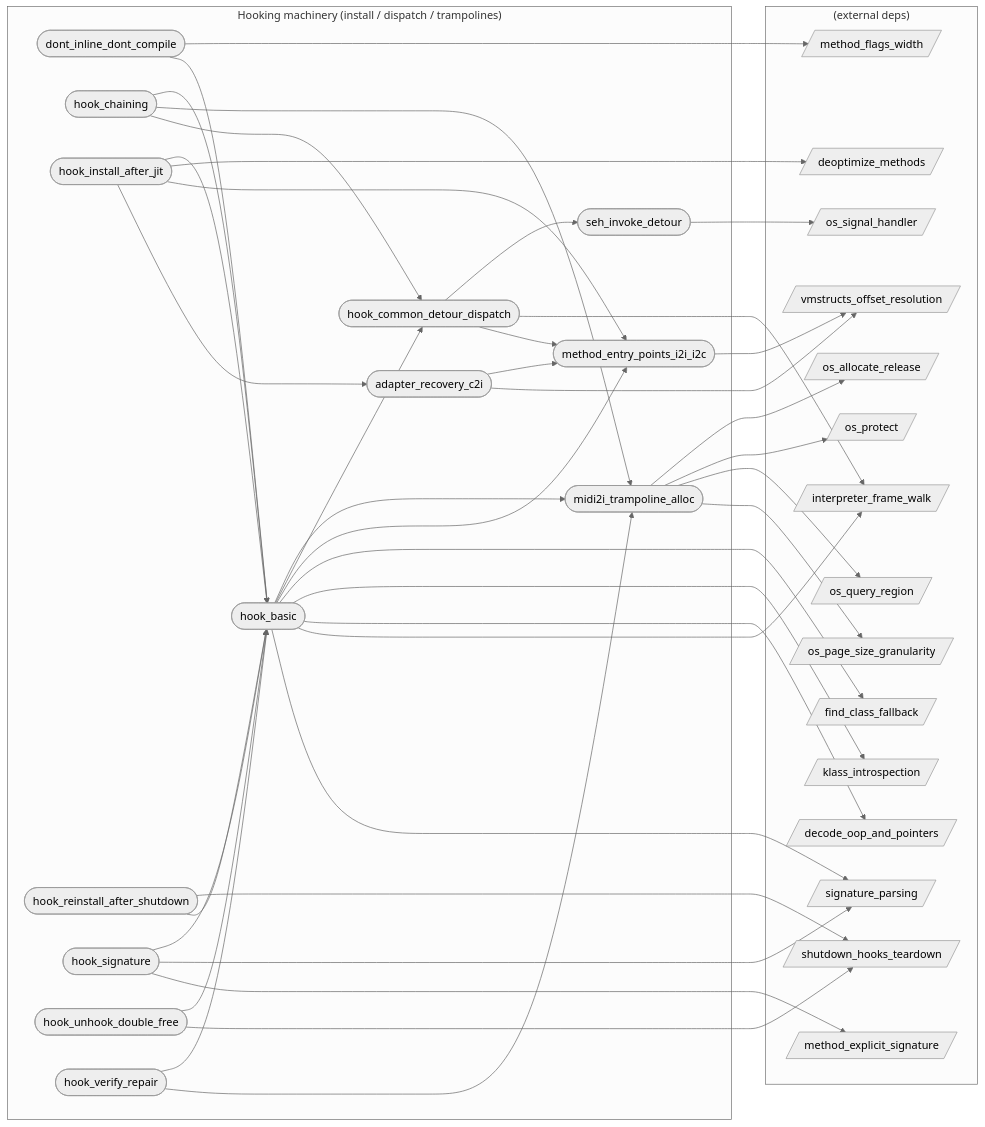
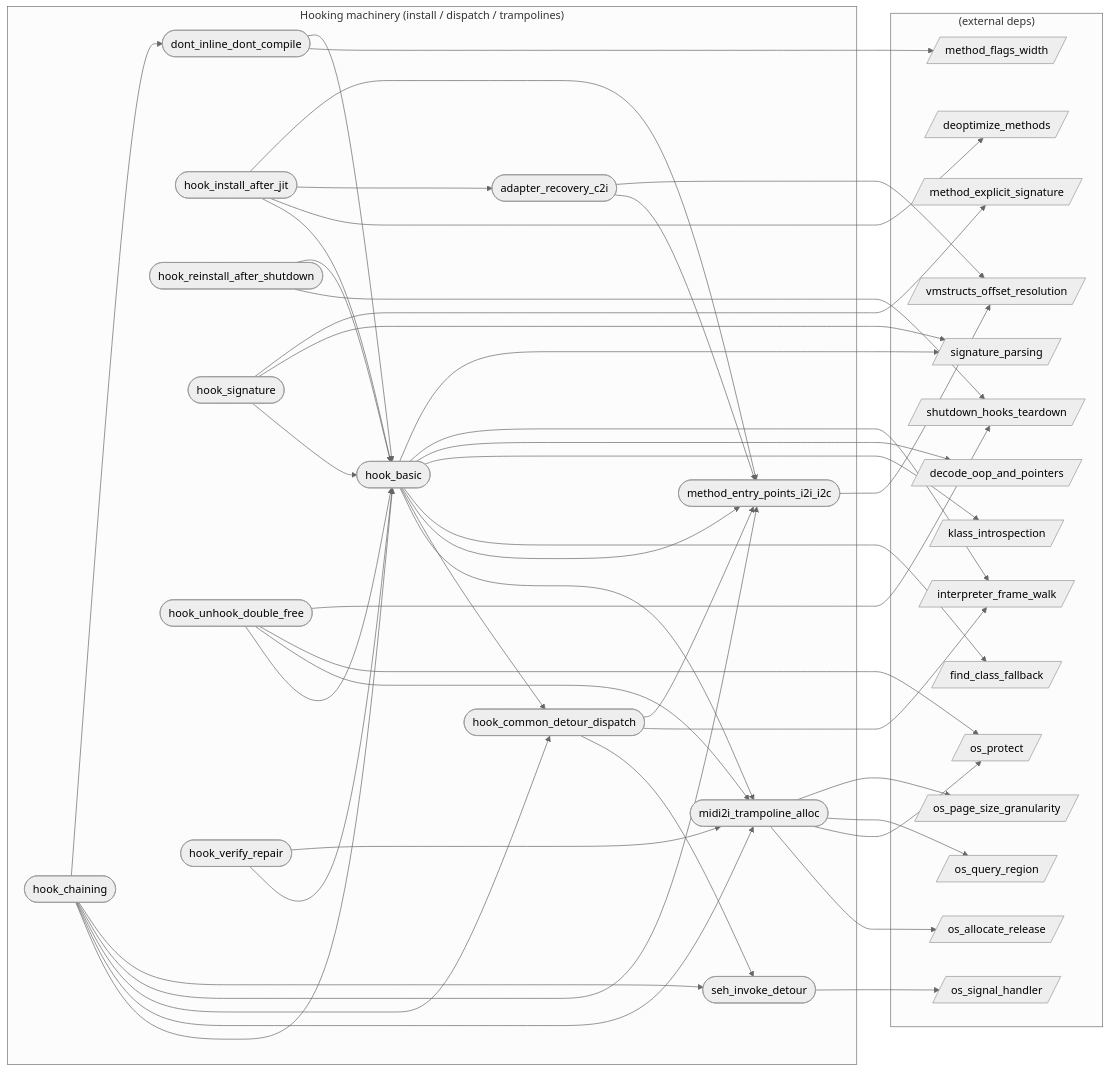
Before and after one commit to xxxnpno/VMHook: the diagram in audit/graph/categories/hook.md, drawn with Mermaid (neutral theme). The commit also changed other lines of this file and 26 other files, not shown here.

First line of the commit message:
docs(audit/features): enrich hook_chaining, hook_install_after_jit, hook_unhook_double_free, signature_parsing, for_each_instance

````diff
--- a/audit/graph/categories/hook.md
+++ b/audit/graph/categories/hook.md
@@ -30,72 +30,77 @@
 ```mermaid
 flowchart LR
   subgraph hook["Hooking machinery (install / dispatch / trampolines)"]
     adapter_recovery_c2i([adapter_recovery_c2i])
     dont_inline_dont_compile([dont_inline_dont_compile])
     hook_basic([hook_basic])
     hook_chaining([hook_chaining])
     hook_common_detour_dispatch([hook_common_detour_dispatch])
     hook_install_after_jit([hook_install_after_jit])
     hook_reinstall_after_shutdown([hook_reinstall_after_shutdown])
     hook_signature([hook_signature])
     hook_unhook_double_free([hook_unhook_double_free])
     hook_verify_repair([hook_verify_repair])
     method_entry_points_i2i_i2c([method_entry_points_i2i_i2c])
     midi2i_trampoline_alloc([midi2i_trampoline_alloc])
     seh_invoke_detour([seh_invoke_detour])
   end
   subgraph external["(external deps)"]
     decode_oop_and_pointers[/decode_oop_and_pointers/]
     deoptimize_methods[/deoptimize_methods/]
     find_class_fallback[/find_class_fallback/]
     interpreter_frame_walk[/interpreter_frame_walk/]
     klass_introspection[/klass_introspection/]
     method_explicit_signature[/method_explicit_signature/]
     method_flags_width[/method_flags_width/]
     os_allocate_release[/os_allocate_release/]
     os_page_size_granularity[/os_page_size_granularity/]
     os_protect[/os_protect/]
     os_query_region[/os_query_region/]
     os_signal_handler[/os_signal_handler/]
     shutdown_hooks_teardown[/shutdown_hooks_teardown/]
     signature_parsing[/signature_parsing/]
     vmstructs_offset_resolution[/vmstructs_offset_resolution/]
   end
   adapter_recovery_c2i --> method_entry_points_i2i_i2c
   adapter_recovery_c2i --> vmstructs_offset_resolution
   dont_inline_dont_compile --> method_flags_width
   dont_inline_dont_compile --> hook_basic
   hook_basic --> midi2i_trampoline_alloc
   hook_basic --> hook_common_detour_dispatch
   hook_basic --> method_entry_points_i2i_i2c
   hook_basic --> find_class_fallback
   hook_basic --> klass_introspection
   hook_basic --> decode_oop_and_pointers
   hook_basic --> interpreter_frame_walk
   hook_basic --> signature_parsing
   hook_chaining --> hook_basic
   hook_chaining --> midi2i_trampoline_alloc
   hook_chaining --> hook_common_detour_dispatch
+  hook_chaining --> method_entry_points_i2i_i2c
+  hook_chaining --> seh_invoke_detour
+  hook_chaining --> dont_inline_dont_compile
   hook_common_detour_dispatch --> seh_invoke_detour
   hook_common_detour_dispatch --> interpreter_frame_walk
   hook_common_detour_dispatch --> method_entry_points_i2i_i2c
   hook_install_after_jit --> hook_basic
   hook_install_after_jit --> deoptimize_methods
+  hook_install_after_jit --> adapter_recovery_c2i
   hook_install_after_jit --> method_entry_points_i2i_i2c
-  hook_install_after_jit --> adapter_recovery_c2i
   hook_reinstall_after_shutdown --> shutdown_hooks_teardown
   hook_reinstall_after_shutdown --> hook_basic
   hook_signature --> hook_basic
   hook_signature --> signature_parsing
   hook_signature --> method_explicit_signature
   hook_unhook_double_free --> hook_basic
+  hook_unhook_double_free --> midi2i_trampoline_alloc
+  hook_unhook_double_free --> os_protect
   hook_unhook_double_free --> shutdown_hooks_teardown
   hook_verify_repair --> hook_basic
   hook_verify_repair --> midi2i_trampoline_alloc
   method_entry_points_i2i_i2c --> vmstructs_offset_resolution
   midi2i_trampoline_alloc --> os_allocate_release
   midi2i_trampoline_alloc --> os_protect
   midi2i_trampoline_alloc --> os_query_region
   midi2i_trampoline_alloc --> os_page_size_granularity
   seh_invoke_detour --> os_signal_handler
 ```
````
